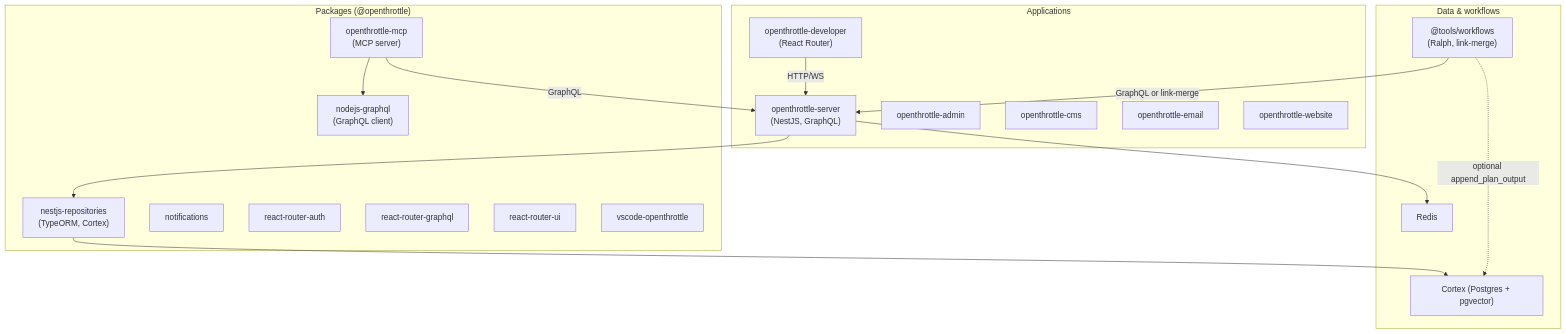
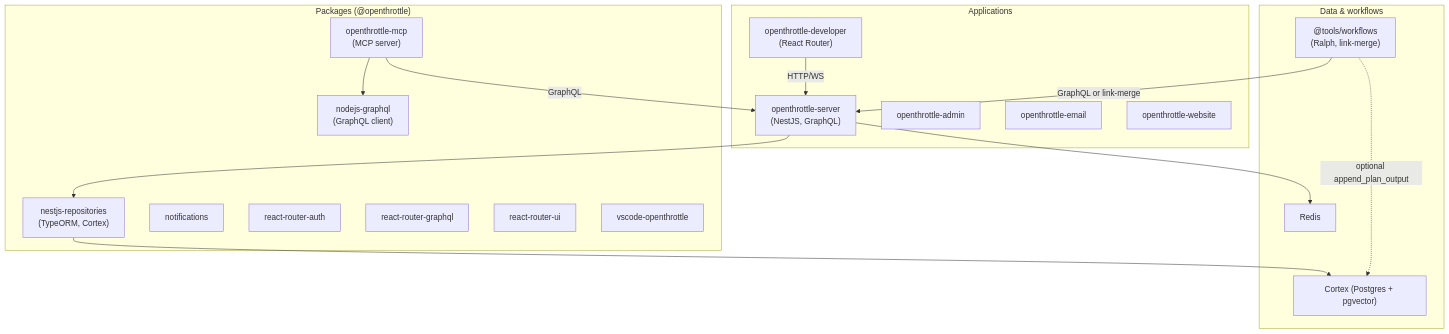
Before and after one commit to OpenThrottle/monorepo: the first of 2 diagrams in docs/openthrottle/monorepo-architecture.md, drawn with Mermaid. The commit also changed other lines of this file and 70 other files, not shown here.

````diff
--- a/docs/openthrottle/monorepo-architecture.md
+++ b/docs/openthrottle/monorepo-architecture.md
@@ -21,37 +21,36 @@
 ```mermaid
 flowchart TB
   subgraph Applications["Applications"]
     Server["openthrottle-server<br/>(NestJS, GraphQL)"]
     Developer["openthrottle-developer<br/>(React Router)"]
     Admin["openthrottle-admin"]
-    CMS["openthrottle-cms"]
     Email["openthrottle-email"]
     Website["openthrottle-website"]
   end
 
   subgraph Packages["Packages (@openthrottle)"]
     MCP["openthrottle-mcp<br/>(MCP server)"]
     NodeGraphQL["nodejs-graphql<br/>(GraphQL client)"]
     NestRepos["nestjs-repositories<br/>(TypeORM, Cortex)"]
     Notifications["notifications"]
     ReactRouterAuth["react-router-auth"]
     ReactRouterGraphQL["react-router-graphql"]
     ReactRouterUI["react-router-ui"]
     VSCode["vscode-openthrottle"]
   end
 
   subgraph Data["Data & workflows"]
     Cortex["Cortex (Postgres + pgvector)"]
     Redis["Redis"]
     Workflows["@tools/workflows<br/>(Ralph, link-merge)"]
   end
 
   Developer -->|HTTP/WS| Server
   MCP -->|GraphQL| Server
   MCP --> NodeGraphQL
   Server --> NestRepos
   NestRepos --> Cortex
   Server --> Redis
   Workflows -->|GraphQL or link-merge| Server
   Workflows -.->|optional append_plan_output| Cortex
 ```
````
